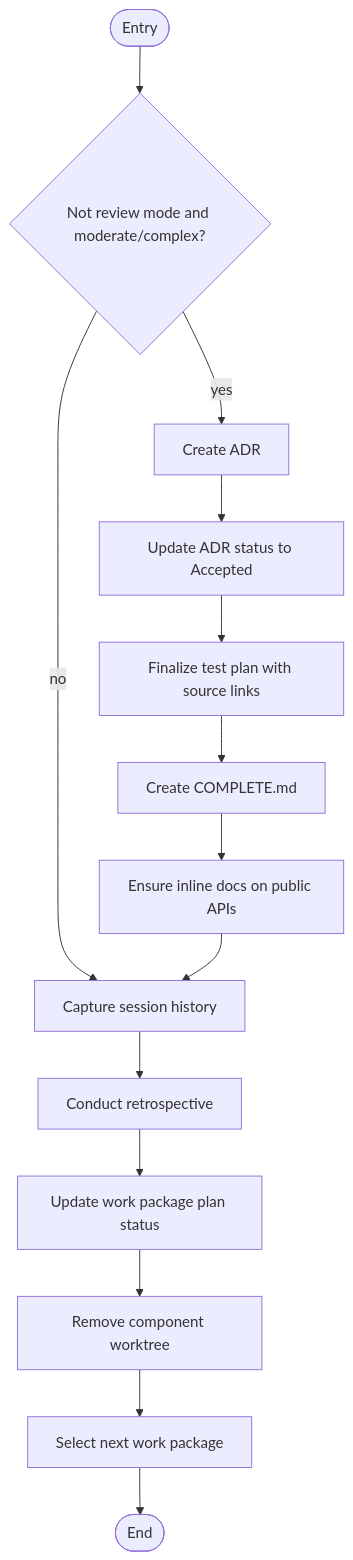
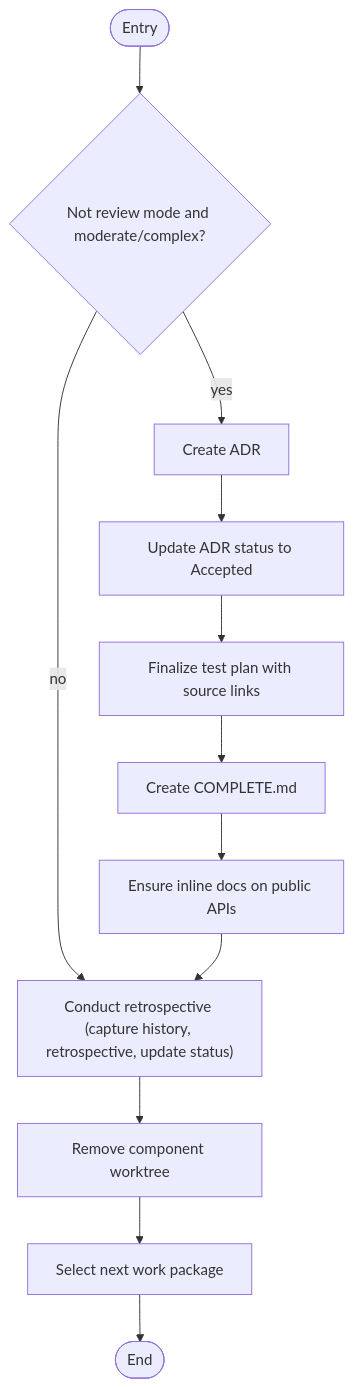
Diagram 13 of 14 in work-package/activities/README.md (m2ux/workflow-server), drawn with Mermaid before and after one commit. The commit also changed other lines of this file and 16 other files, not shown here.

First line of the commit message:
docs: eliminate prose + mermaid staleness in migrated workflow READMEs

````diff
--- a/work-package/activities/README.md
+++ b/work-package/activities/README.md
@@ -878,17 +849,15 @@
 ```mermaid
 graph TD
     entryNode(["Entry"]) --> checkADR{"Not review mode and moderate/complex?"}
     checkADR -->|"yes"| createADR["Create ADR"]
     createADR --> updateADR["Update ADR status to Accepted"]
     updateADR --> finalizeTestPlan
-    checkADR -->|"no"| captureHistory
+    checkADR -->|"no"| retrospective
 
     finalizeTestPlan["Finalize test plan with source links"] --> createComplete["Create COMPLETE.md"]
     createComplete --> ensureDocs["Ensure inline docs on public APIs"]
-    ensureDocs --> captureHistory["Capture session history"]
-    captureHistory --> retrospective["Conduct retrospective"]
-    retrospective --> updateStatus["Update work package plan status"]
-    updateStatus --> removeWorktree["Remove component worktree"]
+    ensureDocs --> retrospective["Conduct retrospective (capture history, retrospective, update status)"]
+    retrospective --> removeWorktree["Remove component worktree"]
     removeWorktree --> selectNext["Select next work package"]
     selectNext --> doneNode(["End"])
 ```
````
